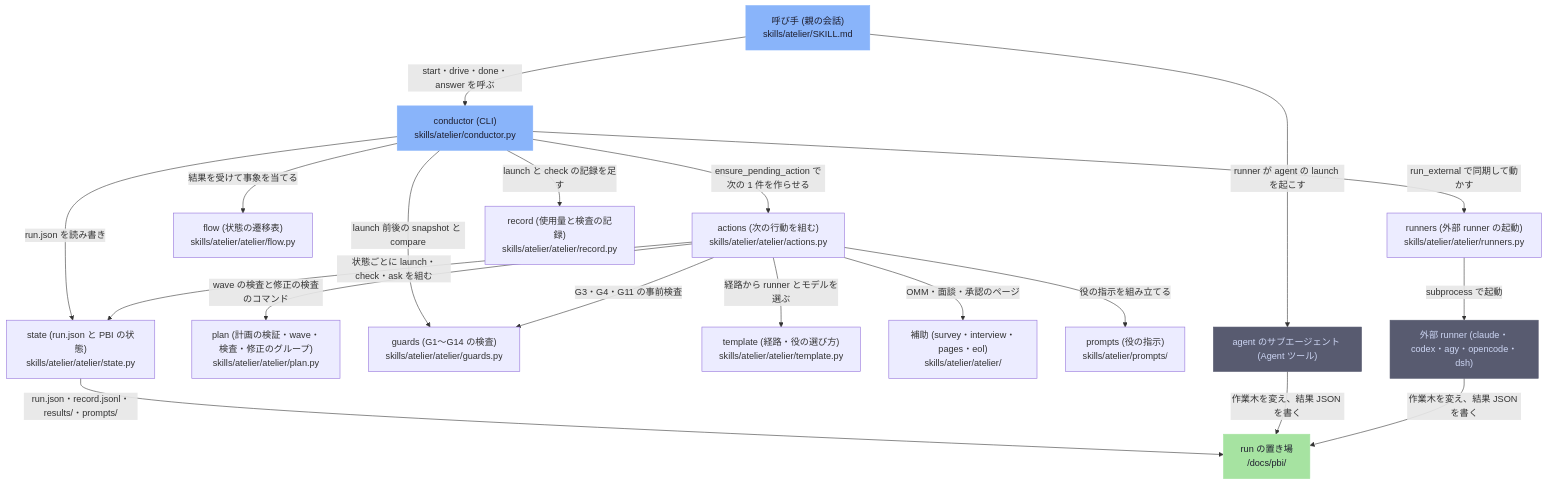
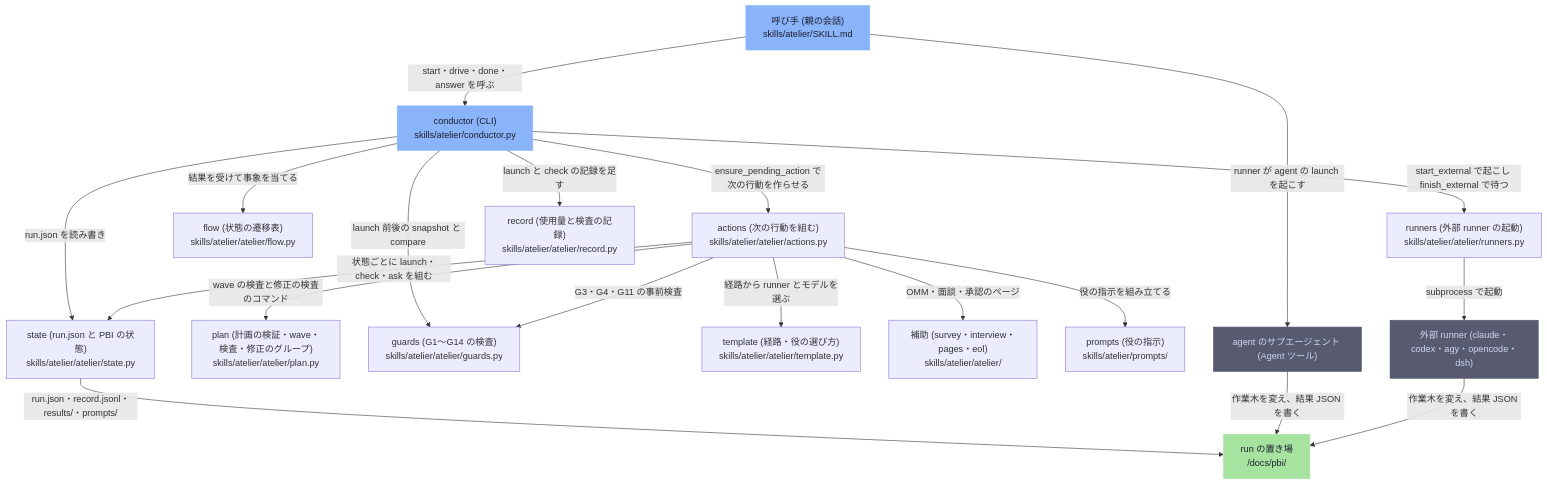
One commit to reeschan/atelier changed the diagram in .omm/overall-architecture/diagram.mmd. Above: the diagram before and after it, drawn with Mermaid. The commit also changed 107 other files, not shown here.

Commit message:
docs(atelier): redraw the OMM diagrams for launch batches

```diff
--- a/.omm/overall-architecture/diagram.mmd
+++ b/.omm/overall-architecture/diagram.mmd
@@ -1,42 +1,42 @@
 graph TD
     caller["呼び手 (親の会話)\nskills/atelier/SKILL.md"]
     conductor["conductor (CLI)\nskills/atelier/conductor.py"]
     actions["actions (次の行動を組む)\nskills/atelier/atelier/actions.py"]
     flow["flow (状態の遷移表)\nskills/atelier/atelier/flow.py"]
     state["state (run.json と PBI の状態)\nskills/atelier/atelier/state.py"]
     plan["plan (計画の検証・wave・検査・修正のグループ)\nskills/atelier/atelier/plan.py"]
     guards["guards (G1〜G14 の検査)\nskills/atelier/atelier/guards.py"]
     runners["runners (外部 runner の起動)\nskills/atelier/atelier/runners.py"]
     record["record (使用量と検査の記録)\nskills/atelier/atelier/record.py"]
     template["template (経路・役の選び方)\nskills/atelier/atelier/template.py"]
     support["補助 (survey・interview・pages・eol)\nskills/atelier/atelier/"]
     prompts["prompts (役の指示)\nskills/atelier/prompts/"]
     run-dir["run の置き場\n<root>/docs/pbi/"]
     external-runners["外部 runner (claude・codex・agy・opencode・dsh)"]
     agent-subagents["agent のサブエージェント (Agent ツール)"]
 
     caller -->|"start・drive・done・answer を呼ぶ"| conductor
     caller -->|"runner が agent の launch を起こす"| agent-subagents
-    conductor -->|"ensure_pending_action で次の 1 件を作らせる"| actions
+    conductor -->|"ensure_pending_action で次の行動を作らせる"| actions
     conductor -->|"結果を受けて事象を当てる"| flow
     conductor -->|"run.json を読み書き"| state
     conductor -->|"launch 前後の snapshot と compare"| guards
-    conductor -->|"run_external で同期して動かす"| runners
+    conductor -->|"start_external で起こし finish_external で待つ"| runners
     conductor -->|"launch と check の記録を足す"| record
     actions -->|"状態ごとに launch・check・ask を組む"| state
     actions -->|"役の指示を組み立てる"| prompts
     actions -->|"G3・G4・G11 の事前検査"| guards
     actions -->|"経路から runner とモデルを選ぶ"| template
     actions -->|"wave の検査と修正の検査のコマンド"| plan
     actions -->|"OMM・面談・承認のページ"| support
     runners -->|"subprocess で起動"| external-runners
     state -->|"run.json・record.jsonl・results/・prompts/"| run-dir
     agent-subagents -->|"作業木を変え、結果 JSON を書く"| run-dir
     external-runners -->|"作業木を変え、結果 JSON を書く"| run-dir
 
     classDef entry fill:#89b4fa,stroke:#89b4fa,color:#1e1e2e
     classDef external fill:#585b70,stroke:#585b70,color:#cdd6f4
     classDef store fill:#a6e3a1,stroke:#a6e3a1,color:#1e1e2e
     class caller,conductor entry
     class external-runners,agent-subagents external
     class run-dir store
```
